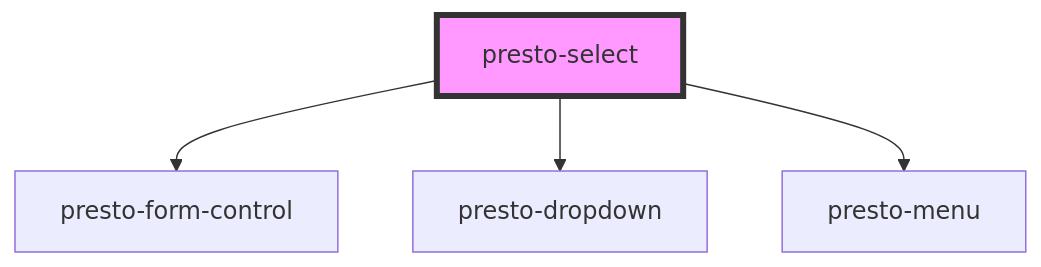
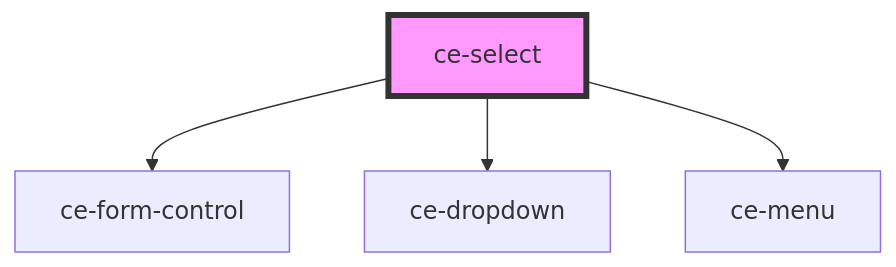
Before and after one commit to surecart/surecart-wp-plugin: the diagram in packages/components/docs/components/ui/select/readme.md, drawn with Mermaid. The commit also changed other lines of this file and 292 other files, not shown here.

````diff
--- a/packages/components/docs/components/ui/select/readme.md
+++ b/packages/components/docs/components/ui/select/readme.md
@@ -54,7 +54,7 @@
 ```mermaid
 graph TD;
-  presto-select --> presto-form-control
-  presto-select --> presto-dropdown
-  presto-select --> presto-menu
-  style presto-select fill:#f9f,stroke:#333,stroke-width:4px
+  ce-select --> ce-form-control
+  ce-select --> ce-dropdown
+  ce-select --> ce-menu
+  style ce-select fill:#f9f,stroke:#333,stroke-width:4px
 ```
````
